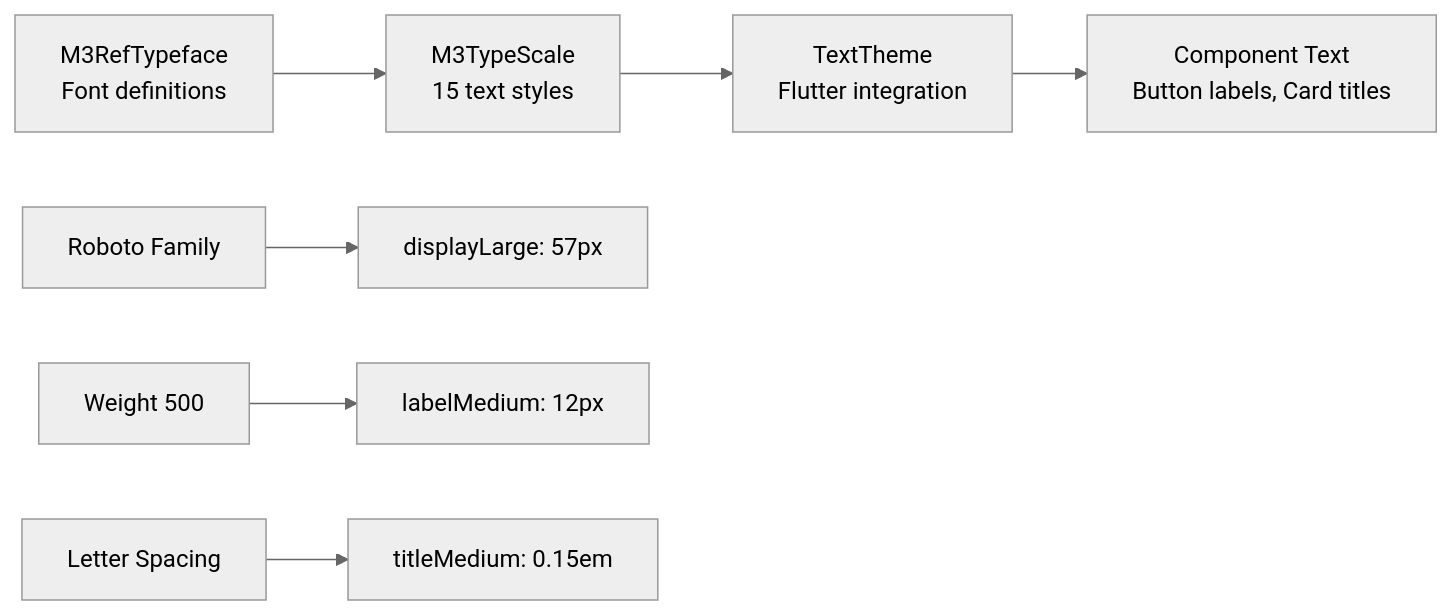
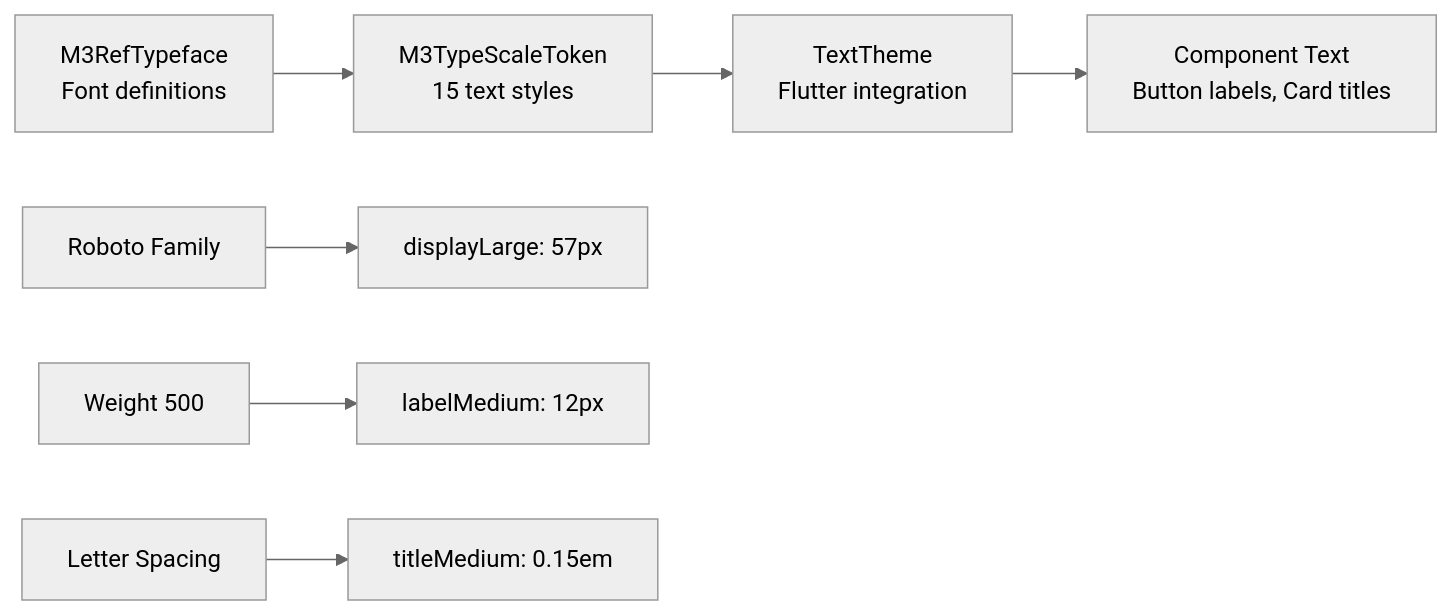
One commit to fluttely/material_design changed the third of 11 diagrams in documentation/material_design/en_US/maps/Component Map.md. Above: the diagram before and after it, drawn with Mermaid (neutral theme). The commit also changed other lines of this file and 51 other files, not shown here.

````diff
--- a/documentation/material_design/en_US/maps/Component Map.md
+++ b/documentation/material_design/en_US/maps/Component Map.md
@@ -114,10 +116,10 @@
 ```mermaid
 graph LR
-    A[M3RefTypeface<br/>Font definitions] --> B[M3TypeScale<br/>15 text styles]
+    A[M3RefTypeface<br/>Font definitions] --> B[M3TypeScaleToken<br/>15 text styles]
     B --> C[TextTheme<br/>Flutter integration]
     C --> D[Component Text<br/>Button labels, Card titles]
-    
+
     A1[Roboto Family] --> B1[displayLarge: 57px]
     A2[Weight 500] --> B2[labelMedium: 12px]
     A3[Letter Spacing] --> B3[titleMedium: 0.15em]
 ```
````
